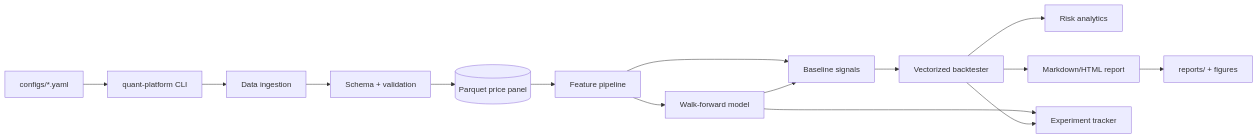
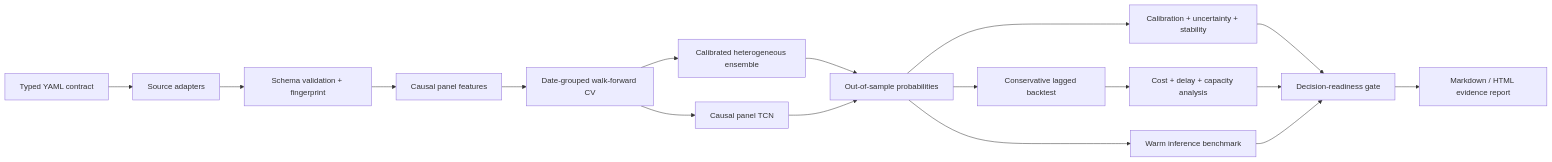
Before and after one commit to srgangaram-swe/Signalattice: the diagram in README.md, drawn with Mermaid. The commit also changed other lines of this file and 64 other files, not shown here.

Commit message:
feat: add calibrated forecast decision readiness

````diff
--- a/README.md
+++ b/README.md
@@ -31,17 +46,19 @@
 ```mermaid
 flowchart LR
-    CFG[configs/*.yaml] --> CLI[quant-platform CLI]
-    CLI --> INGEST[Data ingestion]
-    INGEST --> VALIDATE[Schema + validation]
-    VALIDATE --> PARQUET[(Parquet price panel)]
-    PARQUET --> FEATURES[Feature pipeline]
-    FEATURES --> MODEL[Walk-forward model]
-    FEATURES --> SIGNALS[Baseline signals]
-    MODEL --> SIGNALS
-    SIGNALS --> BACKTEST[Vectorized backtester]
-    BACKTEST --> RISK[Risk analytics]
-    BACKTEST --> REPORT[Markdown/HTML report]
-    MODEL --> TRACK[Experiment tracker]
-    BACKTEST --> TRACK
-    REPORT --> ARTIFACTS[reports/ + figures]
+    CFG[Typed YAML contract] --> DATA[Source adapters]
+    DATA --> QC[Schema validation + fingerprint]
+    QC --> FEAT[Causal panel features]
+    FEAT --> CV[Date-grouped walk-forward CV]
+    CV --> TAB[Calibrated heterogeneous ensemble]
+    CV --> TCN[Causal panel TCN]
+    TAB --> OOS[Out-of-sample probabilities]
+    TCN --> OOS
+    OOS --> DIAG[Calibration + uncertainty + stability]
+    OOS --> BT[Conservative lagged backtest]
+    BT --> FRICTION[Cost + delay + capacity analysis]
+    OOS --> LAT[Warm inference benchmark]
+    DIAG --> GATE[Decision-readiness gate]
+    FRICTION --> GATE
+    LAT --> GATE
+    GATE --> REPORT[Markdown / HTML evidence report]
 ```
````
